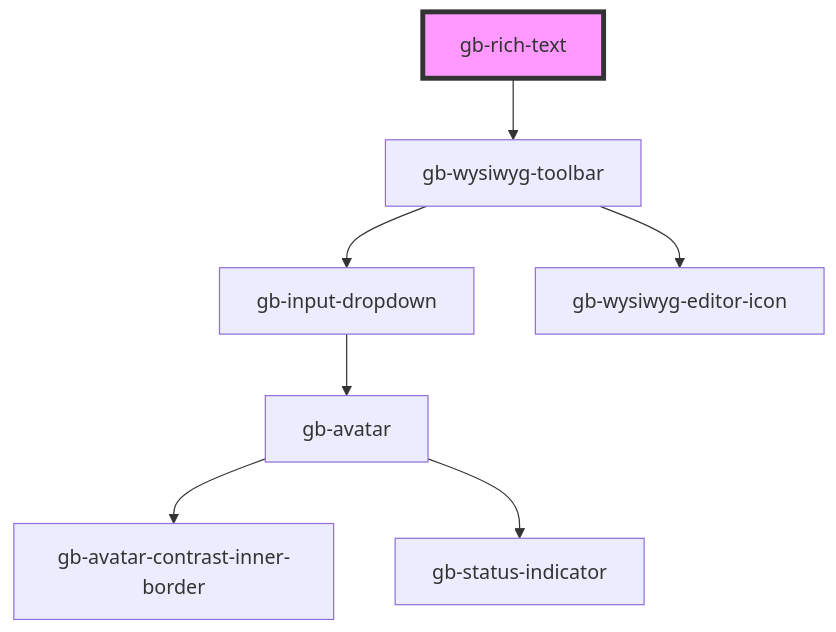
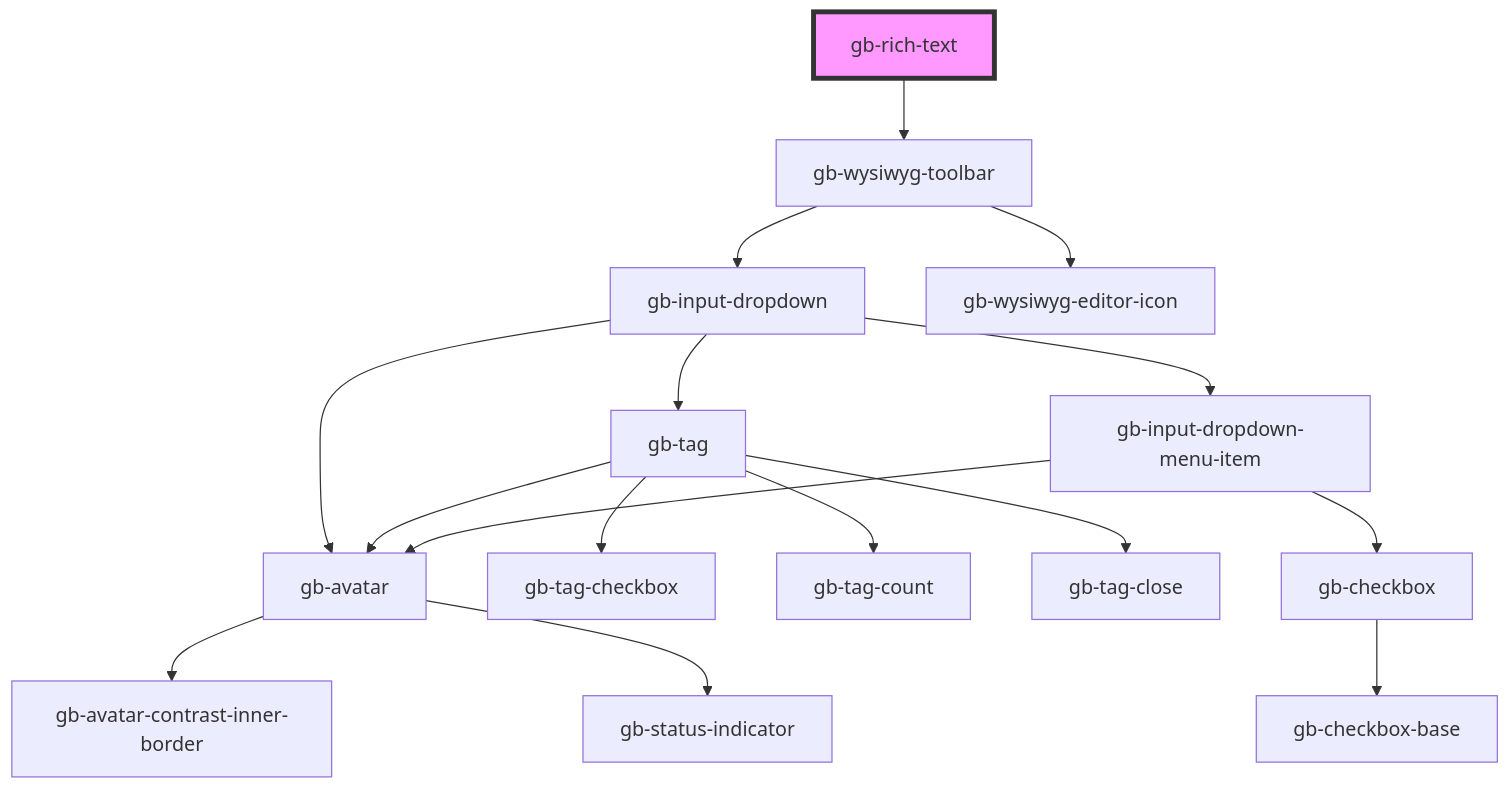
One commit to Emmanuel1858/globusComponent changed the diagram in src/components/gb-rich-text/readme.md. Above: the diagram before and after it, drawn with Mermaid. The commit also changed 31 other files, not shown here.

````diff
--- a/src/components/gb-rich-text/readme.md
+++ b/src/components/gb-rich-text/readme.md
@@ -29,10 +29,19 @@
 ```mermaid
 graph TD;
   gb-rich-text --> gb-wysiwyg-toolbar
   gb-wysiwyg-toolbar --> gb-input-dropdown
   gb-wysiwyg-toolbar --> gb-wysiwyg-editor-icon
   gb-input-dropdown --> gb-avatar
+  gb-input-dropdown --> gb-tag
+  gb-input-dropdown --> gb-input-dropdown-menu-item
   gb-avatar --> gb-avatar-contrast-inner-border
   gb-avatar --> gb-status-indicator
+  gb-tag --> gb-tag-checkbox
+  gb-tag --> gb-avatar
+  gb-tag --> gb-tag-count
+  gb-tag --> gb-tag-close
+  gb-input-dropdown-menu-item --> gb-avatar
+  gb-input-dropdown-menu-item --> gb-checkbox
+  gb-checkbox --> gb-checkbox-base
   style gb-rich-text fill:#f9f,stroke:#333,stroke-width:4px
 ```
````
